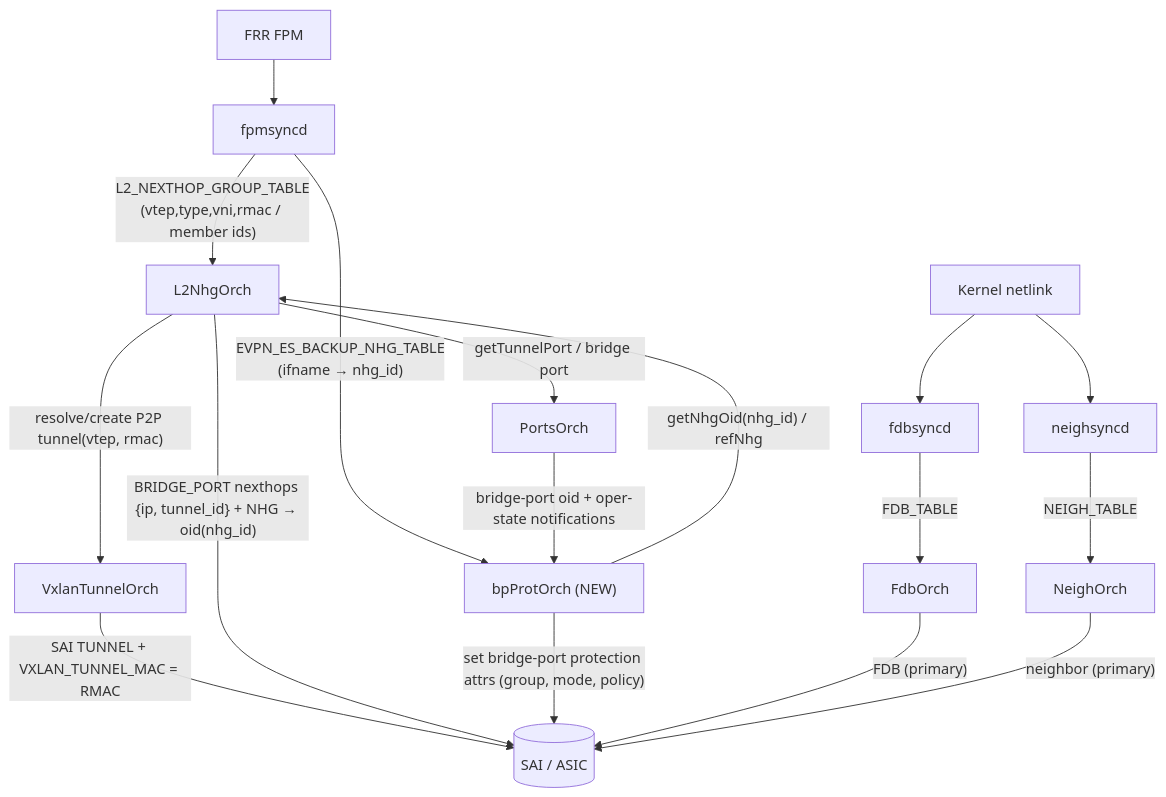
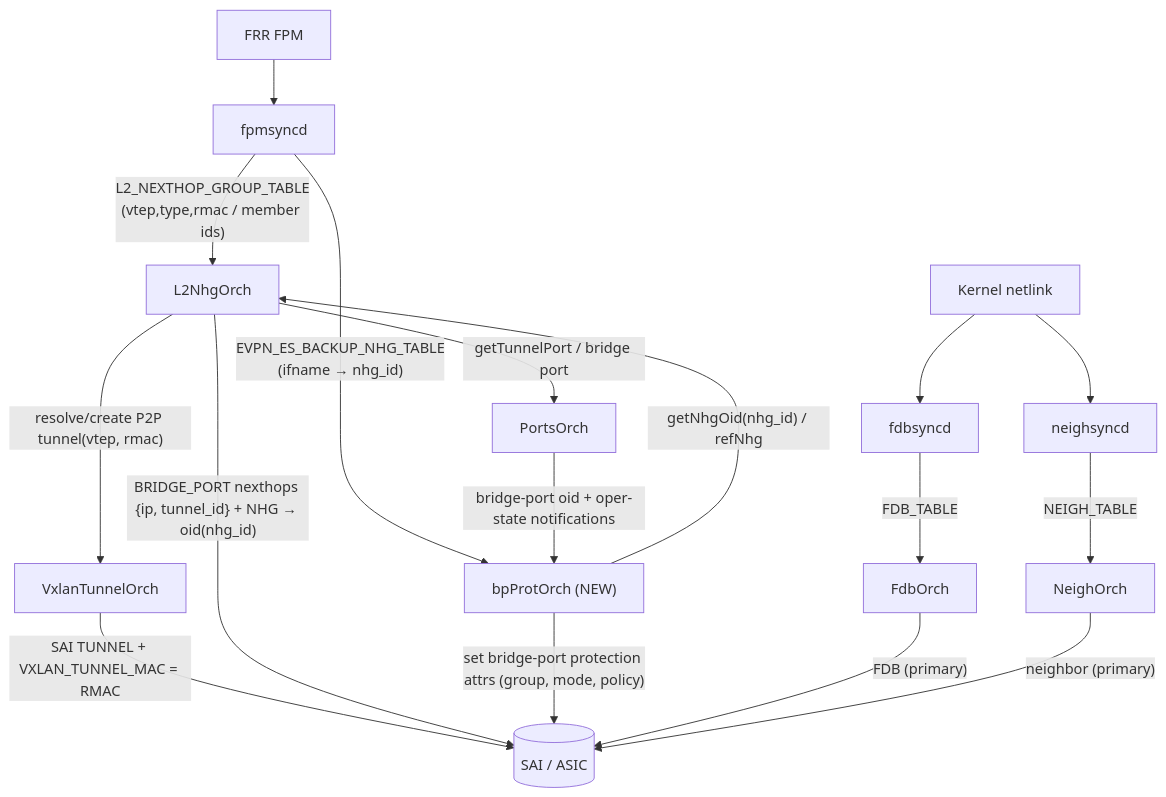
The fourth of 8 diagrams in doc/vxlan/EVPN/BridgePort_Protection_HLD.md (sonic-net/SONiC), drawn with Mermaid before and after one commit. The commit also changed other lines of this file, not shown here.

````diff
--- a/doc/vxlan/EVPN/BridgePort_Protection_HLD.md
+++ b/doc/vxlan/EVPN/BridgePort_Protection_HLD.md
@@ -385,22 +386,22 @@
 ```mermaid
 flowchart TB
     FPM["FRR FPM"] --> FPMSY["fpmsyncd"]
-    FPMSY -->|"L2_NEXTHOP_GROUP_TABLE<br/>(vtep,type,vni,rmac / member ids)"| L2[L2NhgOrch]
+    FPMSY -->|"L2_NEXTHOP_GROUP_TABLE<br/>(vtep,type,rmac / member ids)"| L2[L2NhgOrch]
     FPMSY -->|"EVPN_ES_BACKUP_NHG_TABLE<br/>(ifname → nhg_id)"| BP["bpProtOrch (NEW)"]
 
     KERN["Kernel netlink"] --> FDBSY["fdbsyncd"]
     KERN --> NEIGHSY["neighsyncd"]
     FDBSY -->|"FDB_TABLE"| FDB[FdbOrch]
     NEIGHSY -->|"NEIGH_TABLE"| NEIGH[NeighOrch]
 
     L2 -->|"resolve/create P2P tunnel(vtep, rmac)"| VX[VxlanTunnelOrch]
     VX -->|"SAI TUNNEL + VXLAN_TUNNEL_MAC = RMAC"| SAI[(SAI / ASIC)]
     L2 -->|"BRIDGE_PORT nexthops {ip, tunnel_id} + NHG → oid(nhg_id)"| SAI
 
     BP -->|"getNhgOid(nhg_id) / refNhg"| L2
     BP -->|"set bridge-port protection attrs (group, mode, policy)"| SAI
     PO[PortsOrch] -->|"bridge-port oid + oper-state notifications"| BP
     L2 -->|"getTunnelPort / bridge port"| PO
     FDB -->|"FDB (primary)"| SAI
     NEIGH -->|"neighbor (primary)"| SAI
 ```
````
